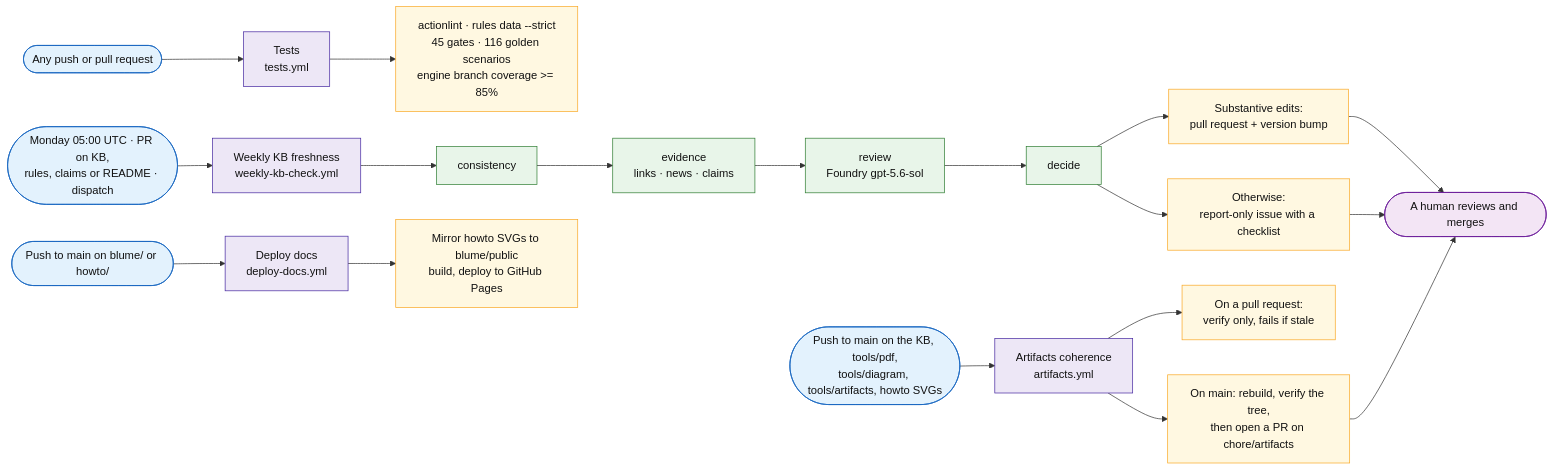
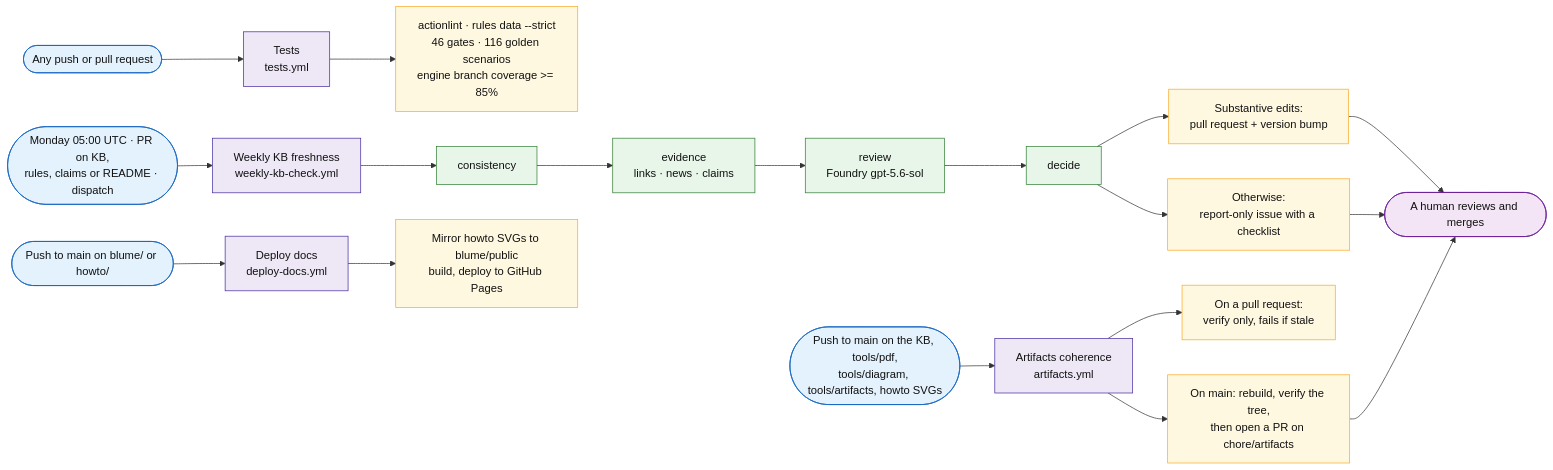
Before and after one commit to fredgis/sql-migration-advisor: the sixth of 6 diagrams in docs/sql-migration-advisor-developer-pitch.md, drawn with Mermaid. The commit also changed 20 other files, not shown here.

````diff
--- a/docs/sql-migration-advisor-developer-pitch.md
+++ b/docs/sql-migration-advisor-developer-pitch.md
@@ -991,33 +991,33 @@
 ```mermaid
 flowchart LR
     G1([Any push or pull request]) --> W1[Tests<br/>tests.yml]
     G2([Monday 05:00 UTC · PR on KB,<br/>rules, claims or README · dispatch]) --> W2[Weekly KB freshness<br/>weekly-kb-check.yml]
     G3([Push to main on the KB, tools/pdf,<br/>tools/diagram, tools/artifacts, howto SVGs]) --> W3[Artifacts coherence<br/>artifacts.yml]
     G4([Push to main on blume/ or howto/]) --> W4[Deploy docs<br/>deploy-docs.yml]
 
-    W1 --> O1[actionlint · rules data --strict<br/>45 gates · 116 golden scenarios<br/>engine branch coverage >= 85%]
+    W1 --> O1[actionlint · rules data --strict<br/>46 gates · 116 golden scenarios<br/>engine branch coverage >= 85%]
 
     W2 --> C1[consistency] --> C2[evidence<br/>links · news · claims] --> C3[review<br/>Foundry gpt-5.6-sol] --> C4[decide]
     C4 --> O2a[Substantive edits:<br/>pull request + version bump]
     C4 --> O2b[Otherwise:<br/>report-only issue with a checklist]
 
     W3 --> O3a[On a pull request:<br/>verify only, fails if stale]
     W3 --> O3b[On main: rebuild, verify the tree,<br/>then open a PR on chore/artifacts]
 
     W4 --> O4[Mirror howto SVGs to blume/public<br/>build, deploy to GitHub Pages]
 
     O2a --> H([A human reviews and merges])
     O2b --> H
     O3b --> H
 
     classDef trig fill:#e3f2fd,stroke:#1565c0,color:#111
     classDef flow fill:#ede7f6,stroke:#4527a0,color:#111
     classDef step fill:#e8f5e9,stroke:#2e7d32,color:#111
     classDef out fill:#fff8e1,stroke:#f9a825,color:#111
     classDef human fill:#f3e5f5,stroke:#6a1b9a,color:#111
     class G1,G2,G3,G4 trig
     class W1,W2,W3,W4 flow
     class C1,C2,C3,C4 step
     class O1,O2a,O2b,O3a,O3b,O4 out
     class H human
 ```
````
